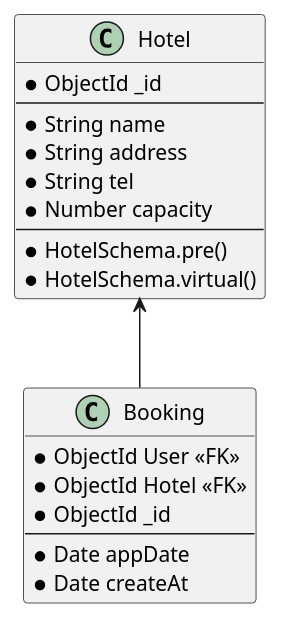
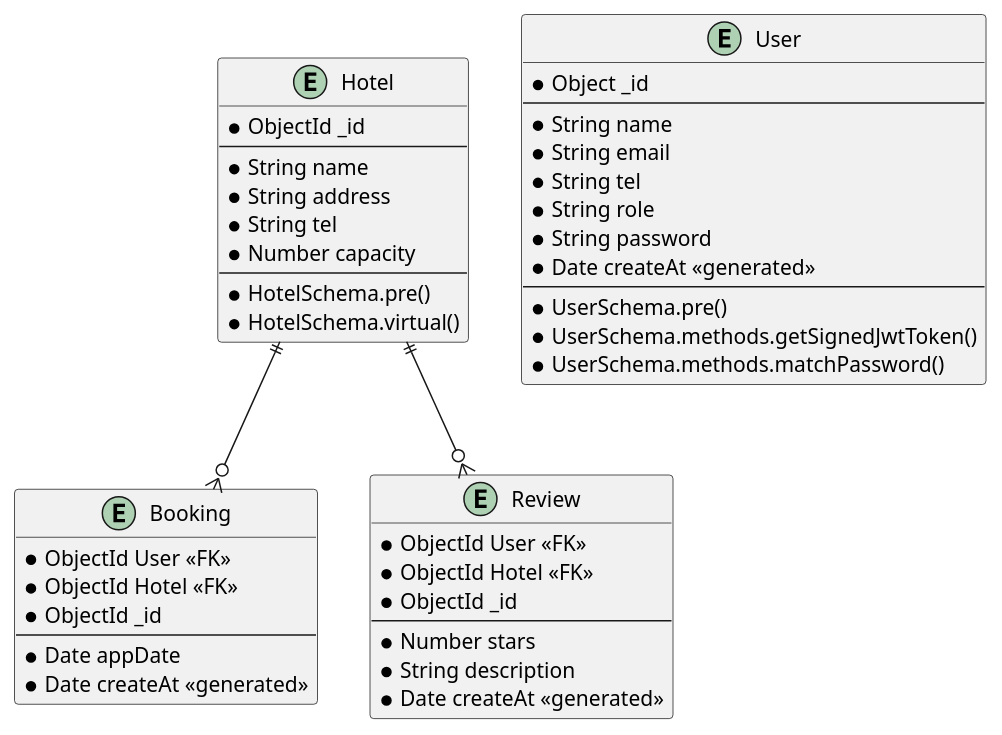
Before and after one commit to 2110503TACEDT66/presentation-day-1-bbq-bacon-burger: the diagram in class_diagram.puml, drawn with PlantUML.

Commit message:
fixed class diagram

```diff
--- a/class_diagram.puml
+++ b/class_diagram.puml
@@ -1,25 +1,51 @@
 @startuml
-class "Hotel" as hotel {
+entity "Hotel" as hotel {
     *ObjectId _id
     --
     *String name
     *String address
     *String tel
     *Number capacity
     --
     *HotelSchema.pre()
     *HotelSchema.virtual()
 }
 
-class "Booking" as booking {
+entity "Booking" as booking {
     *ObjectId User <<FK>>
     *ObjectId Hotel <<FK>>
     *ObjectId _id
     --
     *Date appDate
-    *Date createAt
+    *Date createAt <<generated>>
 }
 
-hotel <-- booking
+entity "Review" as review {
+    *ObjectId User <<FK>>
+    *ObjectId Hotel <<FK>>
+    *ObjectId _id
+    --
+    *Number stars
+    *String description
+    *Date createAt <<generated>>
+}
+
+entity "User" as user {
+    *Object _id
+    --
+    *String name
+    *String email
+    *String tel
+    *String role
+    *String password
+    *Date createAt <<generated>>
+    --
+    *UserSchema.pre()
+    *UserSchema.methods.getSignedJwtToken()
+    *UserSchema.methods.matchPassword()
+}
+
+hotel ||--o{ booking
+hotel ||--o{ review
 
 @enduml
```
